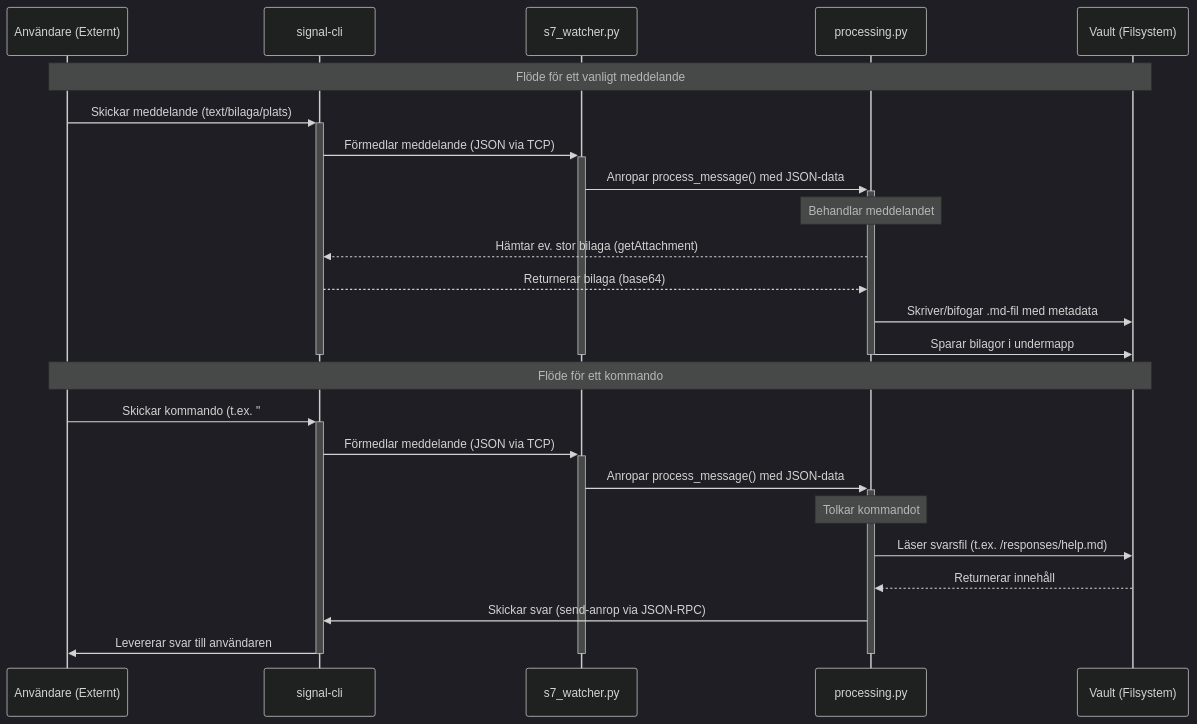
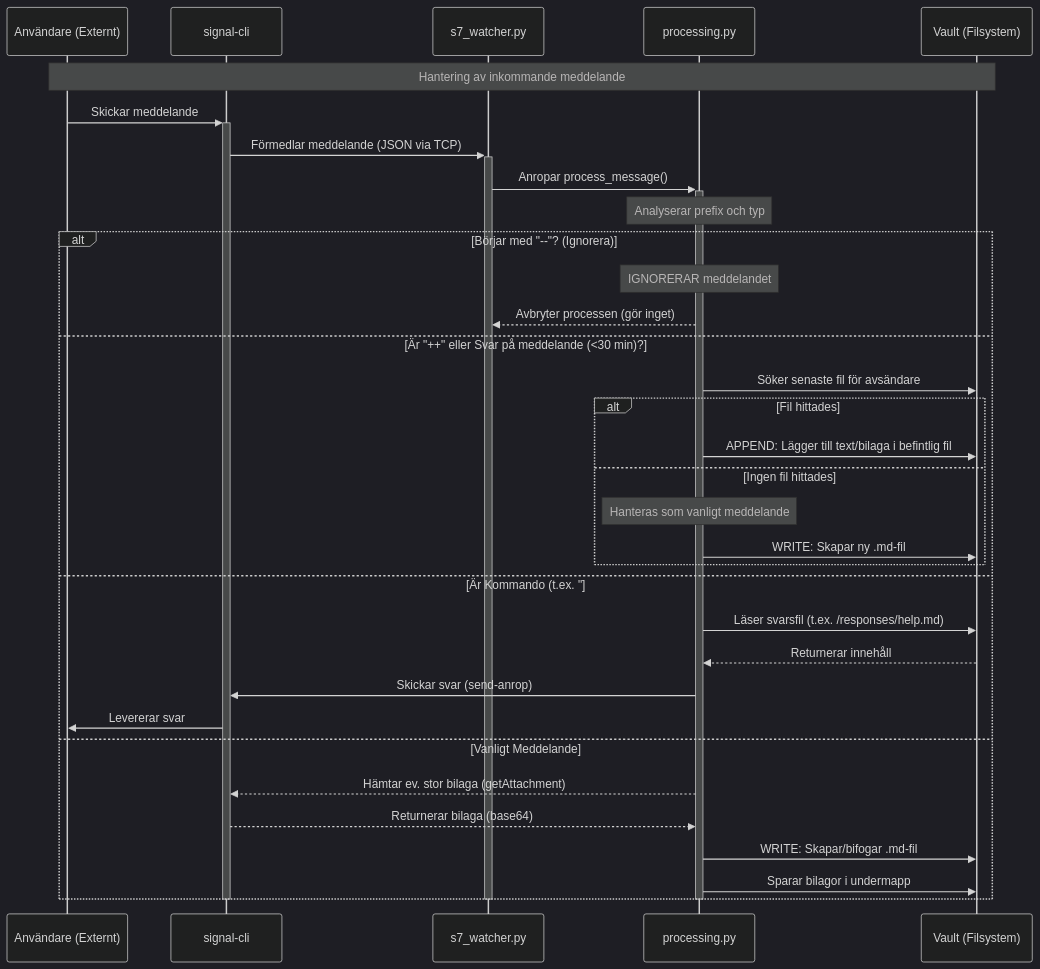
Before and after one commit to NicklasAndersson/oden: the diagram in docs/Flow.md, drawn with Mermaid (dark theme). The commit also changed other lines of this file and 5 other files, not shown here.

````diff
--- a/docs/Flow.md
+++ b/docs/Flow.md
@@ -5,43 +5,48 @@
 ```mermaid
 sequenceDiagram
     participant Externt as Användare (Externt)
     participant Signal as signal-cli
     participant Watcher as s7_watcher.py
     participant Processor as processing.py
     participant Valv as Vault (Filsystem)
 
-    Note over Externt, Valv: Flöde för ett vanligt meddelande
+    Note over Externt, Valv: Hantering av inkommande meddelande
 
-    Externt->>+Signal: Skickar meddelande (text/bilaga/plats)
+    Externt->>+Signal: Skickar meddelande
     Signal->>+Watcher: Förmedlar meddelande (JSON via TCP)
-    Watcher->>+Processor: Anropar process_message() med JSON-data
+    Watcher->>+Processor: Anropar process_message()
     
-    Note over Processor: Behandlar meddelandet
-    Processor-->>Signal: Hämtar ev. stor bilaga (getAttachment)
-    Signal-->>Processor: Returnerar bilaga (base64)
+    Note over Processor: Analyserar prefix och typ
     
-    Processor->>Valv: Skriver/bifogar .md-fil med metadata
-    Processor->>Valv: Sparar bilagor i undermapp
-    
-    deactivate Processor
-    deactivate Watcher
-    deactivate Signal
-    
-    Note over Externt, Valv: Flöde för ett kommando
+    alt Börjar med "--"? (Ignorera)
+        Note over Processor: IGNORERAR meddelandet
+        Processor-->>Watcher: Avbryter processen (gör inget)
 
-    Externt->>+Signal: Skickar kommando (t.ex. "#help")
-    Signal->>+Watcher: Förmedlar meddelande (JSON via TCP)
-    Watcher->>+Processor: Anropar process_message() med JSON-data
-    
-    Note over Processor: Tolkar kommandot
-    Processor->>Valv: Läser svarsfil (t.ex. /responses/help.md)
-    Valv-->>Processor: Returnerar innehåll
-    
-    Processor->>Signal: Skickar svar (send-anrop via JSON-RPC)
-    Signal->>Externt: Levererar svar till användaren
+    else Är "++" eller Svar på meddelande (<30 min)?
+        Processor->>Valv: Söker senaste fil för avsändare
+        
+        alt Fil hittades
+            Processor->>Valv: APPEND: Lägger till text/bilaga i befintlig fil
+        else Ingen fil hittades
+            Note over Processor: Hanteras som vanligt meddelande
+            Processor->>Valv: WRITE: Skapar ny .md-fil
+        end
+
+    else Är Kommando (t.ex. "#help")?
+        Processor->>Valv: Läser svarsfil (t.ex. /responses/help.md)
+        Valv-->>Processor: Returnerar innehåll
+        Processor->>Signal: Skickar svar (send-anrop)
+        Signal->>Externt: Levererar svar
+
+    else Vanligt Meddelande
+        Processor-->>Signal: Hämtar ev. stor bilaga (getAttachment)
+        Signal-->>Processor: Returnerar bilaga (base64)
+        Processor->>Valv: WRITE: Skapar/bifogar .md-fil
+        Processor->>Valv: Sparar bilagor i undermapp
+    end
     
     deactivate Processor
     deactivate Watcher
     deactivate Signal
 
 ```
````
